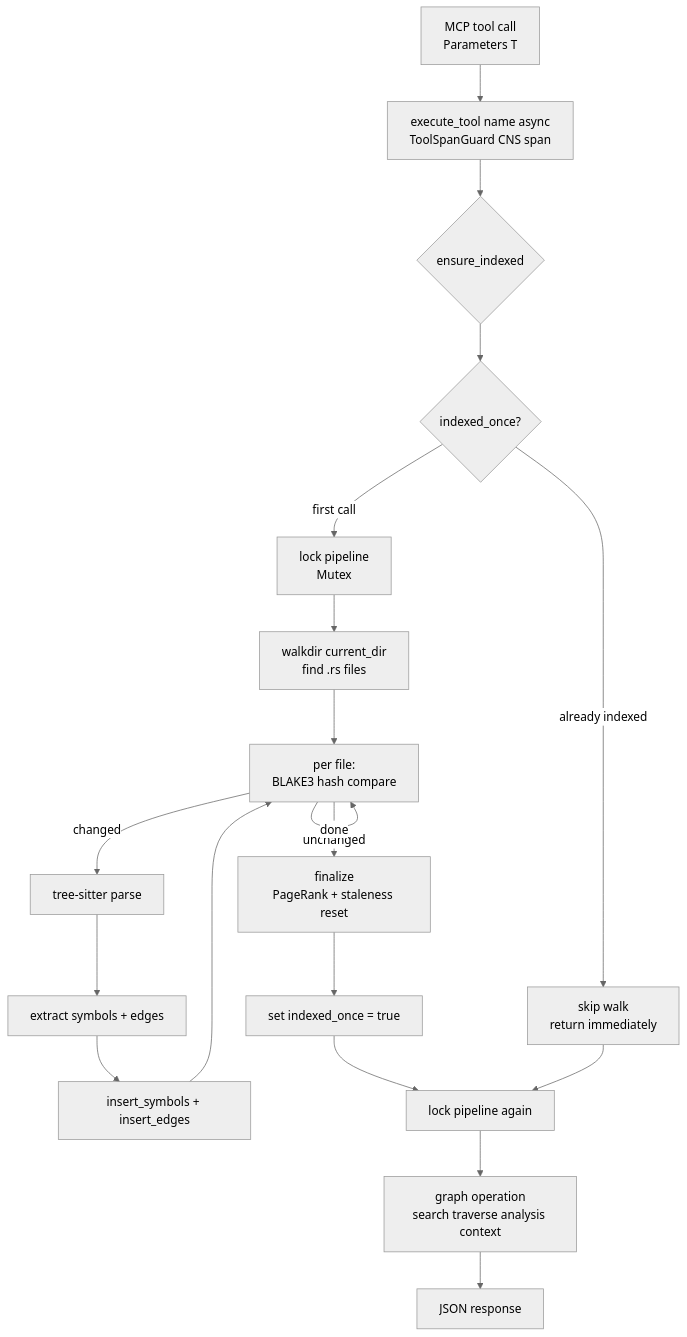
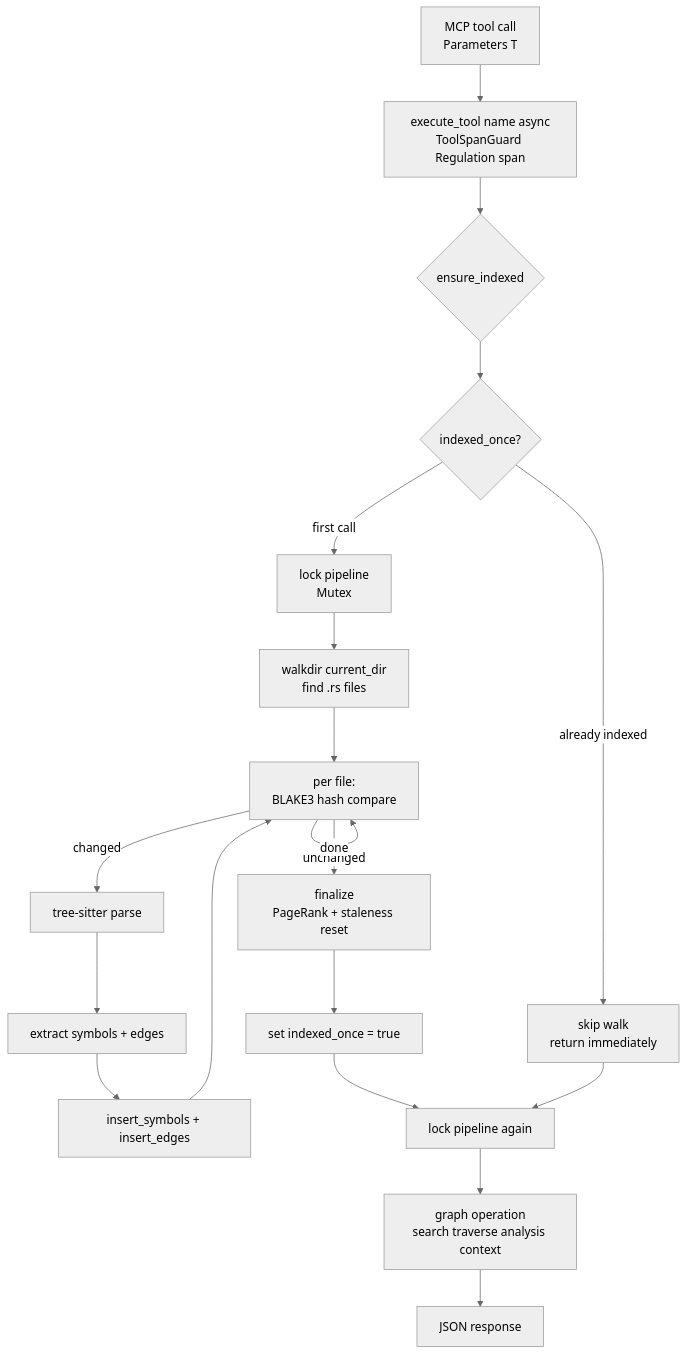
The second of 2 diagrams in docs/status/codegraph-mcp-adversarial-review-2026-07-20.md (mdz-axo/hKask), drawn with Mermaid (neutral theme) before and after one commit. The commit also changed other lines of this file and 68 other files, not shown here.

First line of the commit message:
Rename CNS to Regulation across docs

````diff
--- a/docs/status/codegraph-mcp-adversarial-review-2026-07-20.md
+++ b/docs/status/codegraph-mcp-adversarial-review-2026-07-20.md
@@ -137,38 +137,38 @@
 ```mermaid
 flowchart TD
     Call["MCP tool call<br/>Parameters T"]
-    Exec["execute_tool name async<br/>ToolSpanGuard CNS span"]
+    Exec["execute_tool name async<br/>ToolSpanGuard Regulation span"]
     Ensure{"ensure_indexed"}
     Flag{"indexed_once?"}
     Skip["skip walk<br/>return immediately"]
     Lock1["lock pipeline<br/>Mutex"]
     Walk["walkdir current_dir<br/>find .rs files"]
     PerFile["per file:<br/>BLAKE3 hash compare"]
     Parse["tree-sitter parse"]
     Extract["extract symbols + edges"]
     Insert["insert_symbols + insert_edges"]
     Finalize["finalize<br/>PageRank + staleness reset"]
     SetFlag["set indexed_once = true"]
     Lock2["lock pipeline again"]
     Query["graph operation<br/>search traverse analysis context"]
     Out["JSON response"]
 
     Call --> Exec
     Exec --> Ensure
     Ensure --> Flag
     Flag -->|already indexed| Skip
     Flag -->|first call| Lock1
     Lock1 --> Walk
     Walk --> PerFile
     PerFile -->|changed| Parse
     PerFile -->|unchanged| PerFile
     Parse --> Extract
     Extract --> Insert
     Insert --> PerFile
     PerFile -->|done| Finalize
     Finalize --> SetFlag
     SetFlag --> Lock2
     Skip --> Lock2
     Lock2 --> Query
     Query --> Out
 ```
````
